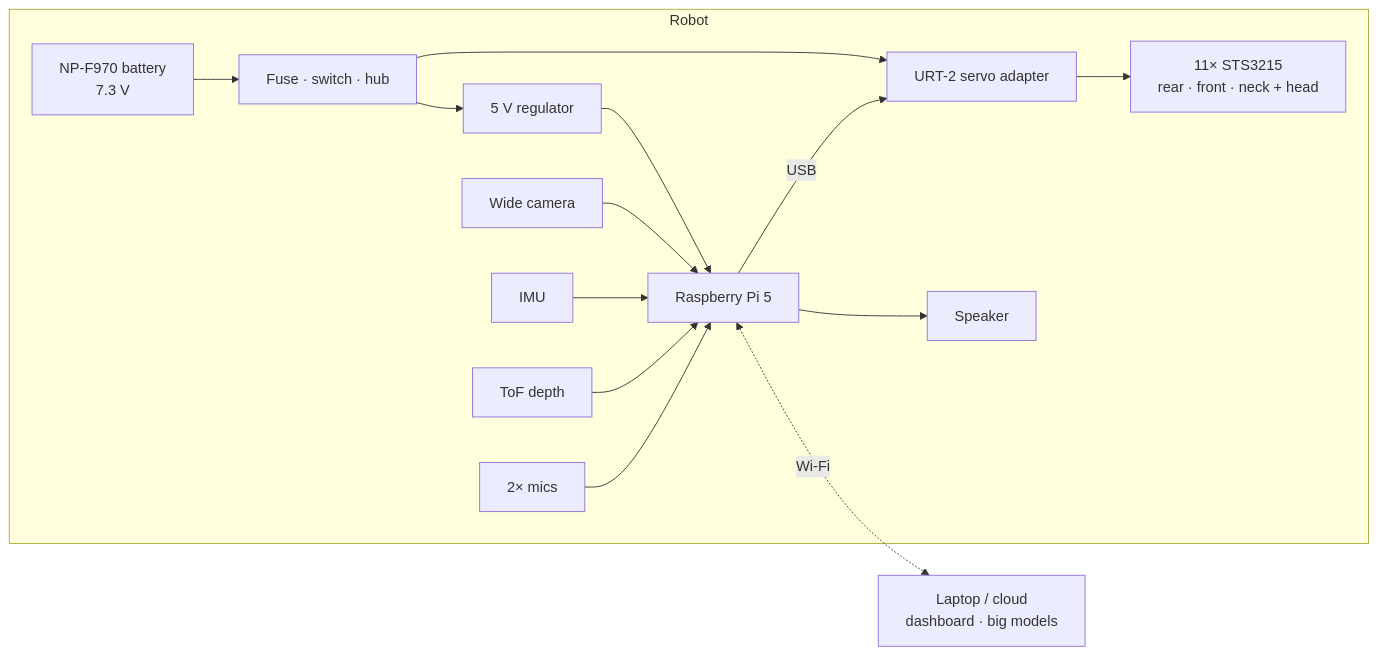
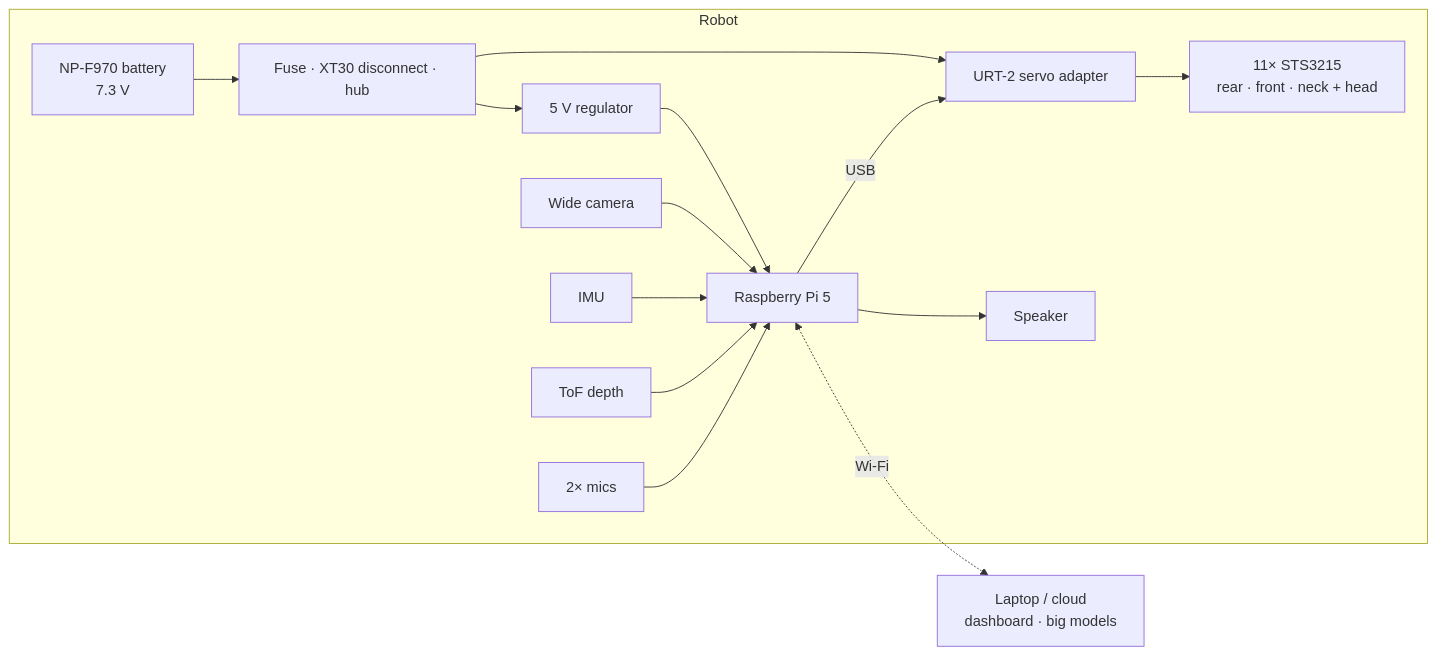
One commit to jameslemke10/microdog changed the diagram in README.md. Above: the diagram before and after it, drawn with Mermaid. The commit also changed 5 other files, not shown here.

````diff
--- a/README.md
+++ b/README.md
@@ -24,17 +24,17 @@
 ```mermaid
 flowchart LR
     subgraph Robot
-        BAT[NP-F970 battery<br/>7.3 V] --> PWR[Fuse · switch · hub]
+        BAT[NP-F970 battery<br/>7.3 V] --> PWR[Fuse · XT30 disconnect · hub]
         PWR --> URT[URT-2 servo adapter]
         PWR --> REG[5 V regulator]
         REG --> PI[Raspberry Pi 5]
         PI -- USB --> URT
         URT --> SERVOS[11× STS3215<br/>rear · front · neck + head]
         CAM[Wide camera] --> PI
         IMU[IMU] --> PI
         TOF[ToF depth] --> PI
         MIC[2× mics] --> PI
         PI --> SPK[Speaker]
     end
     PI <-. Wi-Fi .-> BASE[Laptop / cloud<br/>dashboard · big models]
 ```
````
